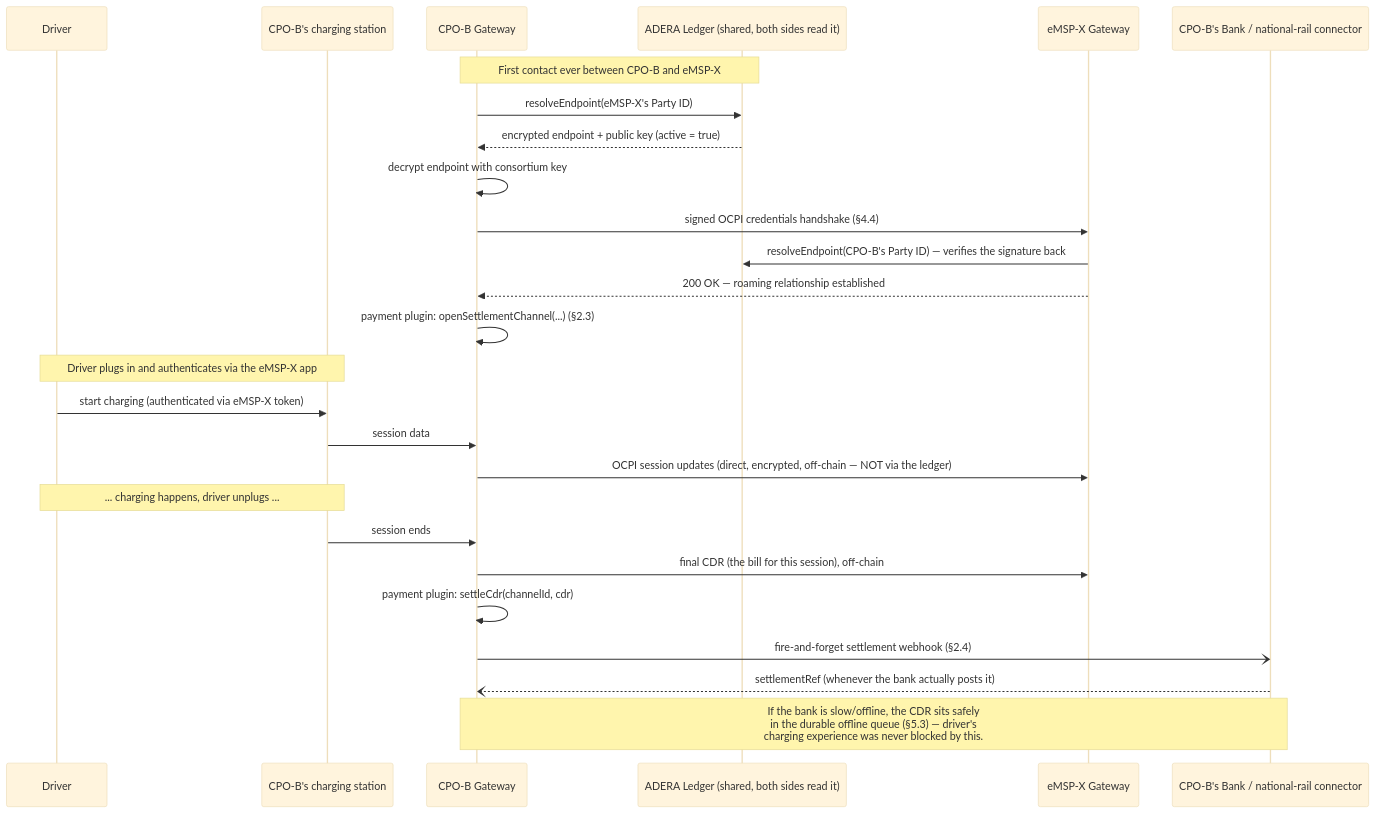
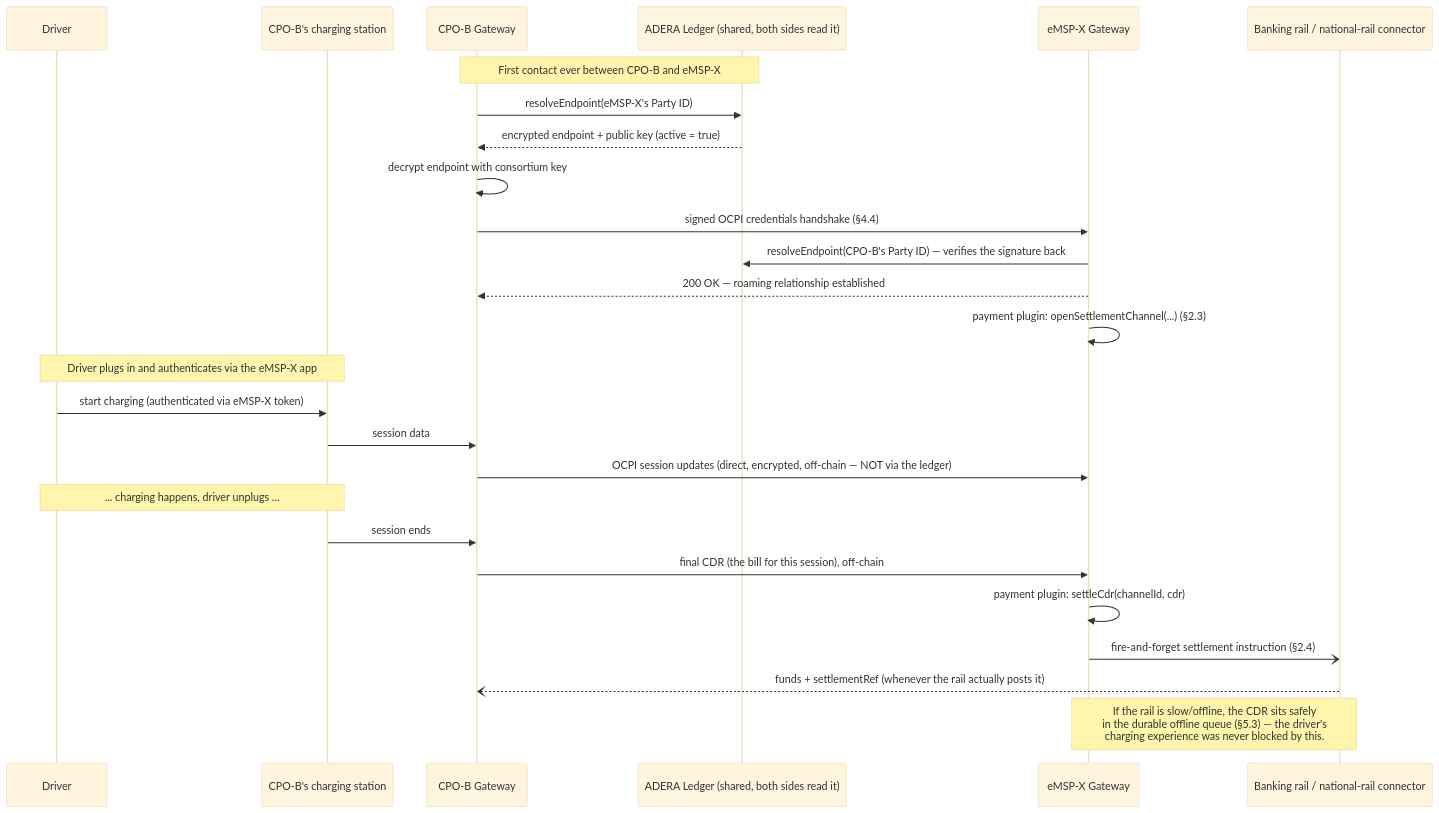
Diagram 13 of 15 in docs/00-ADERA-Plain-English-Guide.md (industrialdynamics/ADERA), drawn with Mermaid (base theme) before and after one commit. The commit also changed other lines of this file and 19 other files, not shown here.

````diff
--- a/docs/00-ADERA-Plain-English-Guide.md
+++ b/docs/00-ADERA-Plain-English-Guide.md
@@ -947,30 +1476,30 @@
 ```mermaid
 sequenceDiagram
     participant Driver
     participant Charger as CPO-B's charging station
     participant CPOGW as CPO-B Gateway
     participant Ledger as ADERA Ledger (shared, both sides read it)
     participant EMSPGW as eMSP-X Gateway
-    participant Bank as CPO-B's Bank / national-rail connector
+    participant Rail as Banking rail / national-rail connector
 
     Note over CPOGW,Ledger: First contact ever between CPO-B and eMSP-X
     CPOGW->>Ledger: resolveEndpoint(eMSP-X's Party ID)
     Ledger-->>CPOGW: encrypted endpoint + public key (active = true)
     CPOGW->>CPOGW: decrypt endpoint with consortium key
     CPOGW->>EMSPGW: signed OCPI credentials handshake (§4.4)
     EMSPGW->>Ledger: resolveEndpoint(CPO-B's Party ID) — verifies the signature back
     EMSPGW-->>CPOGW: 200 OK — roaming relationship established
-    CPOGW->>CPOGW: payment plugin: openSettlementChannel(...) (§2.3)
+    EMSPGW->>EMSPGW: payment plugin: openSettlementChannel(...) (§2.3)
 
     Note over Driver,Charger: Driver plugs in and authenticates via the eMSP-X app
     Driver->>Charger: start charging (authenticated via eMSP-X token)
     Charger->>CPOGW: session data
     CPOGW->>EMSPGW: OCPI session updates (direct, encrypted, off-chain — NOT via the ledger)
     Note over Driver,Charger: ... charging happens, driver unplugs ...
     Charger->>CPOGW: session ends
     CPOGW->>EMSPGW: final CDR (the bill for this session), off-chain
-    CPOGW->>CPOGW: payment plugin: settleCdr(channelId, cdr)
-    CPOGW-)Bank: fire-and-forget settlement webhook (§2.4)
-    Bank--)CPOGW: settlementRef (whenever the bank actually posts it)
-    Note over CPOGW,Bank: If the bank is slow/offline, the CDR sits safely<br/>in the durable offline queue (§5.3) — driver's<br/>charging experience was never blocked by this.
+    EMSPGW->>EMSPGW: payment plugin: settleCdr(channelId, cdr)
+    EMSPGW-)Rail: fire-and-forget settlement instruction (§2.4)
+    Rail--)CPOGW: funds + settlementRef (whenever the rail actually posts it)
+    Note over EMSPGW,Rail: If the rail is slow/offline, the CDR sits safely<br/>in the durable offline queue (§5.3) — the driver's<br/>charging experience was never blocked by this.
 ```
````
